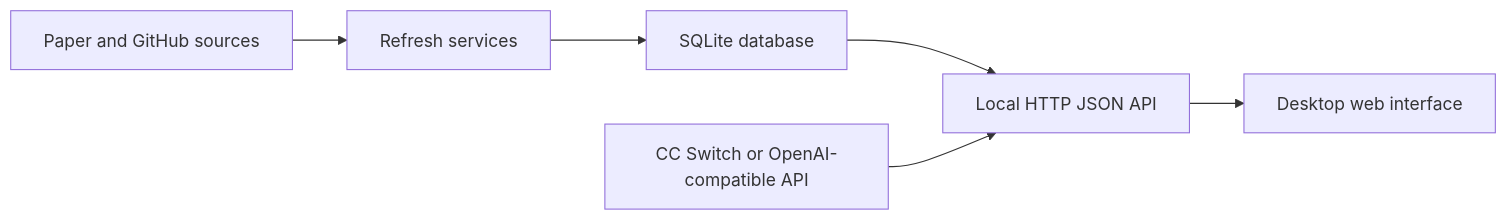
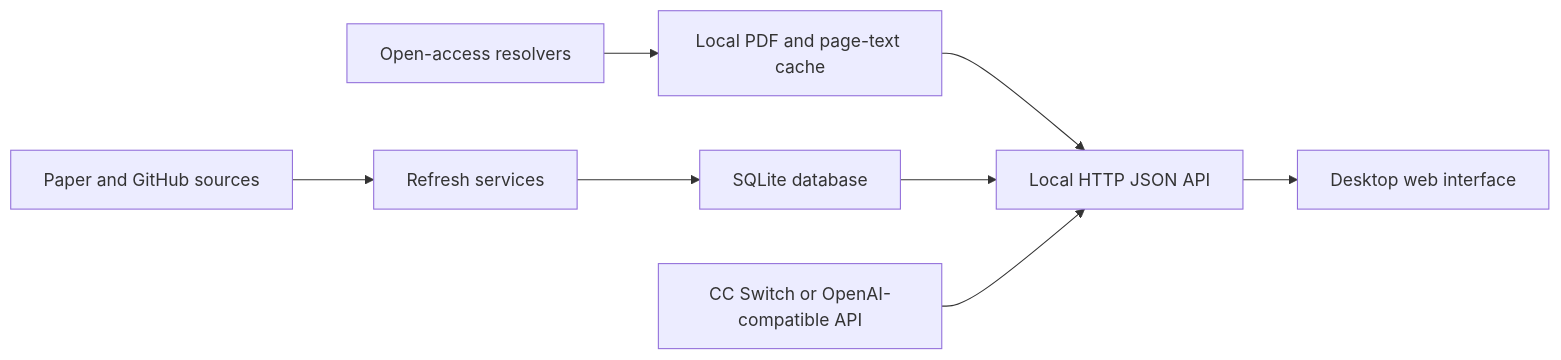
The first of 2 diagrams in docs/ARCHITECTURE.md (Shiraikuroko123/paperfield), drawn with Mermaid before and after one commit. The commit also changed other lines of this file and 16 other files, not shown here.

````diff
--- a/docs/ARCHITECTURE.md
+++ b/docs/ARCHITECTURE.md
@@ -7,8 +7,10 @@
 ```mermaid
 flowchart LR
     Sources["Paper and GitHub sources"] --> Refresh["Refresh services"]
     Refresh --> SQLite["SQLite database"]
+    OA["Open-access resolvers"] --> Cache["Local PDF and page-text cache"]
+    Cache --> API
     SQLite --> API["Local HTTP JSON API"]
     API --> UI["Desktop web interface"]
     AI["CC Switch or OpenAI-compatible API"] --> API
 ```
````
